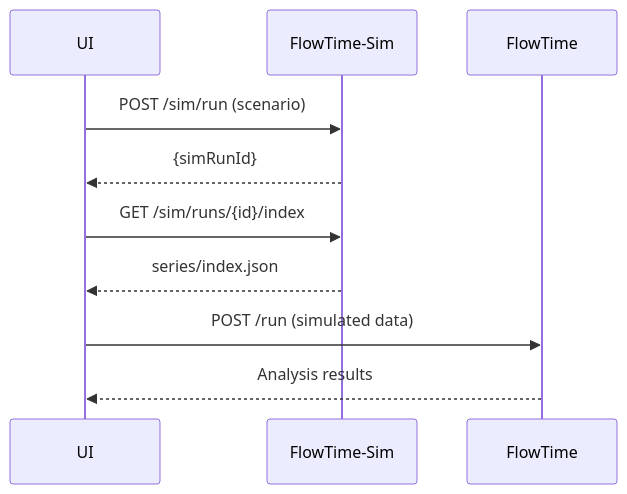
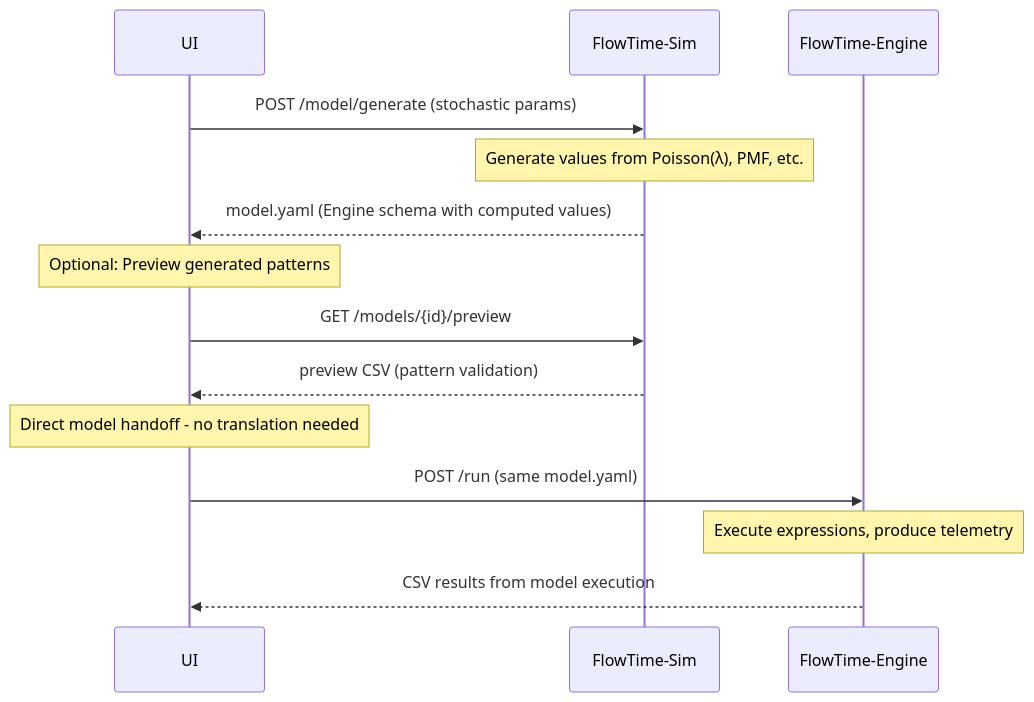
Before and after one commit to 23min/FlowTime: the diagram in docs/architecture/schema-compatibility.md, drawn with Mermaid. The commit also changed other lines of this file and 5 other files, not shown here.

First line of the commit message:
Complete charter compliance transformation: Single schema architecture

````diff
--- a/docs/architecture/schema-compatibility.md
+++ b/docs/architecture/schema-compatibility.md
@@ -245,9 +381,13 @@
 ```mermaid
 sequenceDiagram
-    UI->>FlowTime-Sim: POST /sim/run (scenario)
-    FlowTime-Sim-->>UI: {simRunId}
-    UI->>FlowTime-Sim: GET /sim/runs/{id}/index  
-    FlowTime-Sim-->>UI: series/index.json
-    UI->>FlowTime: POST /run (simulated data)
-    FlowTime-->>UI: Analysis results
+    UI->>FlowTime-Sim: POST /model/generate (stochastic params)
+    Note over FlowTime-Sim: Generate values from Poisson(λ), PMF, etc.
+    FlowTime-Sim-->>UI: model.yaml (Engine schema with computed values)
+    Note over UI: Optional: Preview generated patterns
+    UI->>FlowTime-Sim: GET /models/{id}/preview  
+    FlowTime-Sim-->>UI: preview CSV (pattern validation)
+    Note over UI: Direct model handoff - no translation needed
+    UI->>FlowTime-Engine: POST /run (same model.yaml)
+    Note over FlowTime-Engine: Execute expressions, produce telemetry
+    FlowTime-Engine-->>UI: CSV results from model execution
 ```
````
